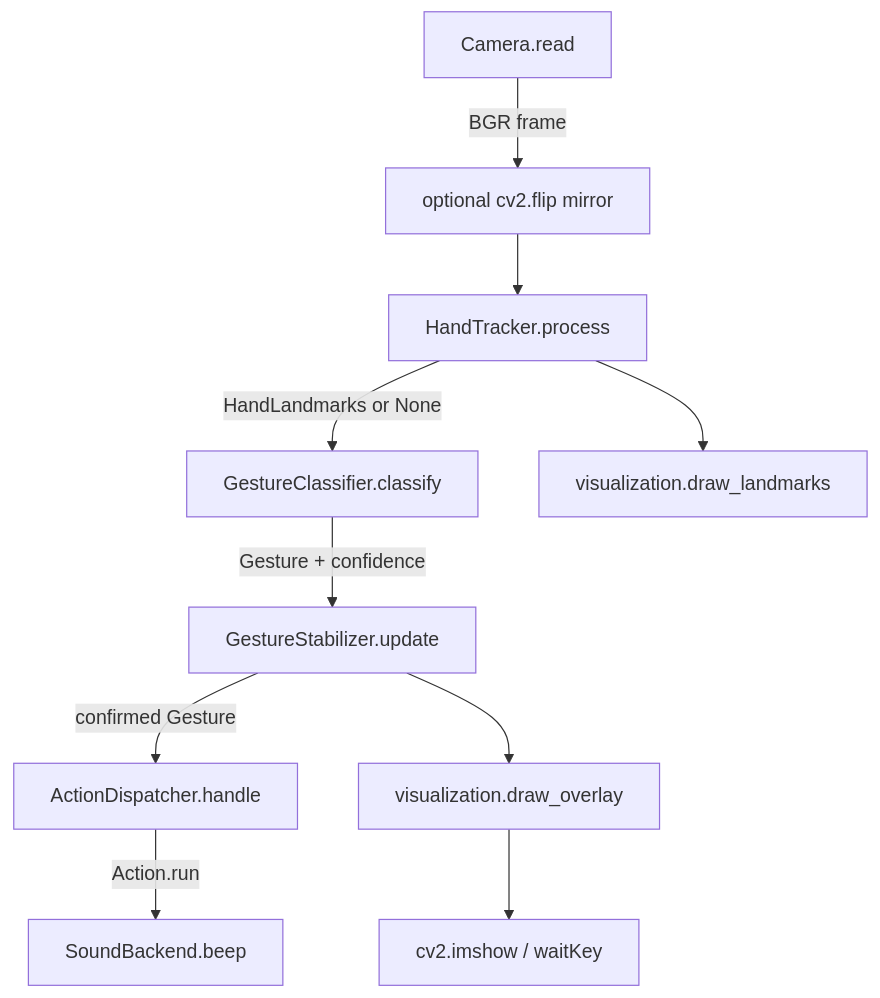
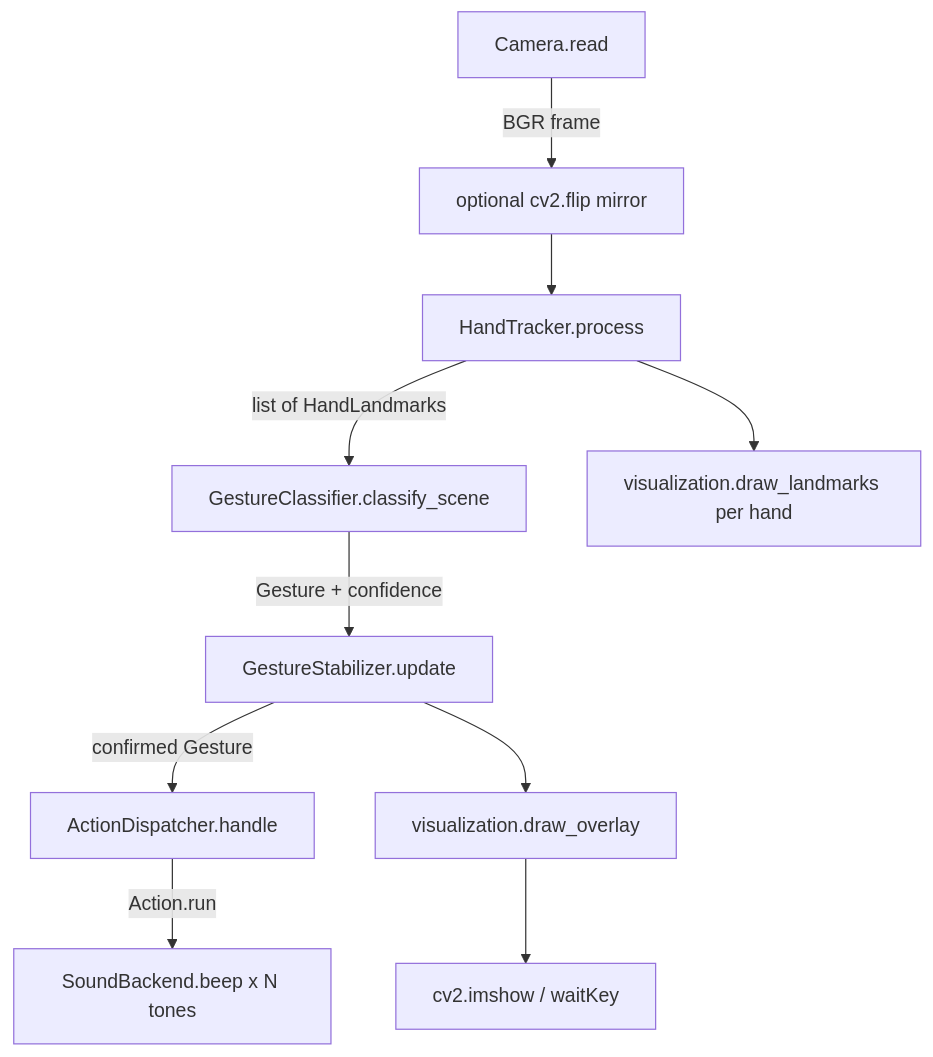
One commit to Pouya-Mansournia/vision-gesture-control changed the diagram in docs/architecture.md. Above: the diagram before and after it, drawn with Mermaid. The commit also changed other lines of this file and 9 other files, not shown here.

First line of the commit message:
Add multi-hand gestures, distinct beep sequences, and README overlay figure

````diff
--- a/docs/architecture.md
+++ b/docs/architecture.md
@@ -5,12 +5,12 @@
 ```mermaid
 flowchart TD
     cam[Camera.read] -->|BGR frame| flip[optional cv2.flip mirror]
     flip --> track[HandTracker.process]
-    track -->|HandLandmarks or None| clf[GestureClassifier.classify]
+    track -->|list of HandLandmarks| clf[GestureClassifier.classify_scene]
     clf -->|Gesture + confidence| stab[GestureStabilizer.update]
     stab -->|confirmed Gesture| disp[ActionDispatcher.handle]
-    disp -->|Action.run| snd[SoundBackend.beep]
-    track --> viz[visualization.draw_landmarks]
+    disp -->|Action.run| snd[SoundBackend.beep x N tones]
+    track --> viz[visualization.draw_landmarks per hand]
     stab --> viz2[visualization.draw_overlay]
     viz2 --> show[cv2.imshow / waitKey]
 ```
````
